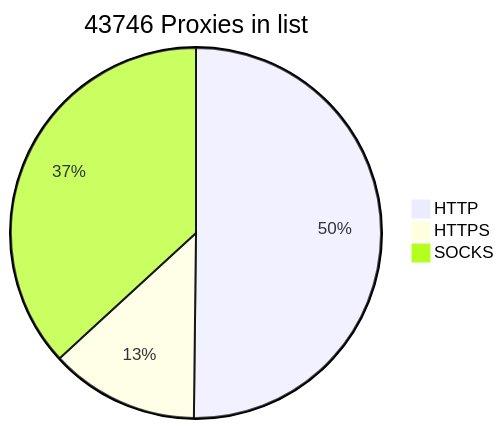
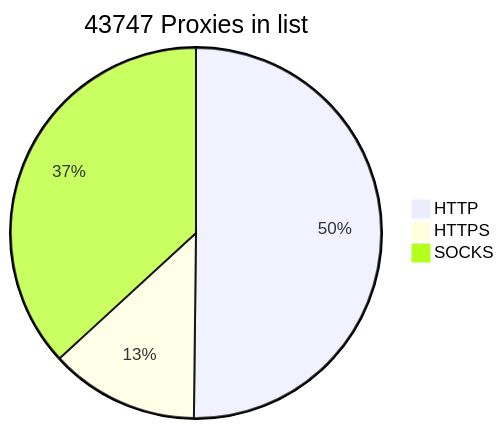
Before and after one commit to BlackSnowDot/proxylist-update-every-minute: the diagram in README.md, drawn with Mermaid.

````diff
--- a/README.md
+++ b/README.md
@@ -2,6 +2,6 @@
 ```mermaid
-pie title 43746 Proxies in list
+pie title 43747 Proxies in list
     "HTTP" : 24451
     "HTTPS": 6331
-    "SOCKS" : 17943
+    "SOCKS" : 17944
 ```
````
